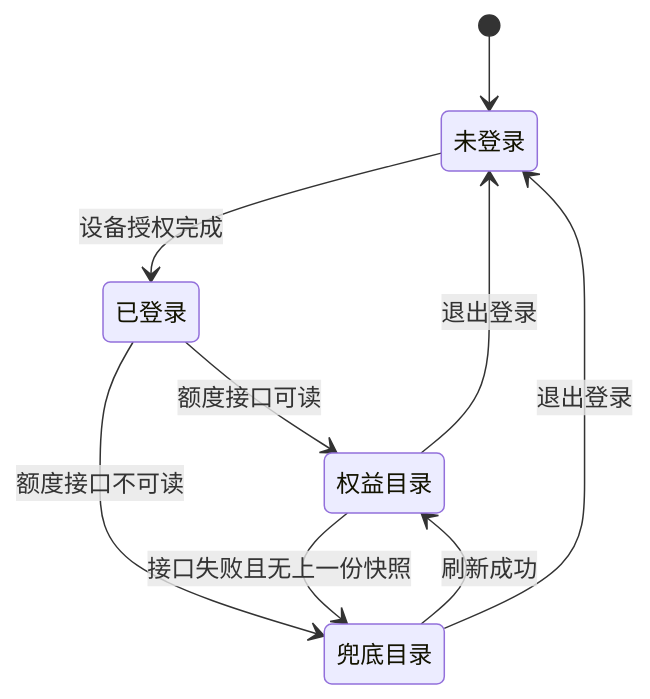
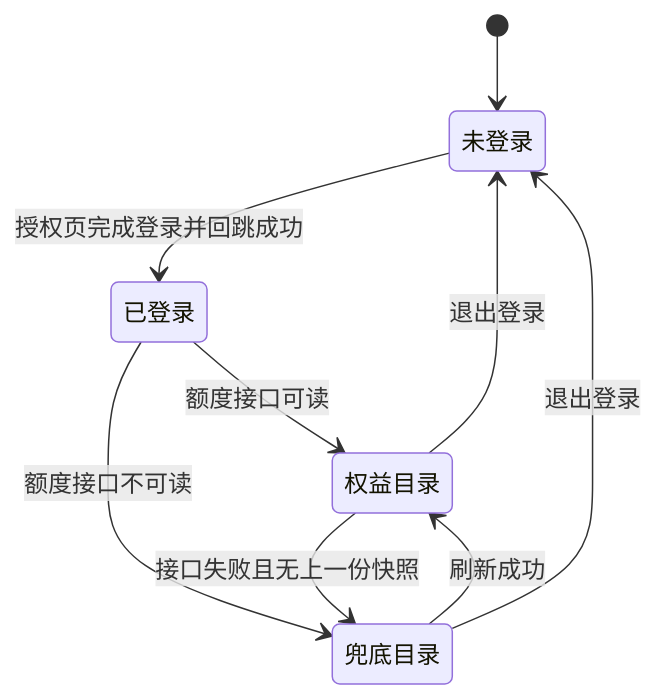
Before and after one commit to FNOSP/fnos-dsh: the first of 7 diagrams in docs/plans/PLAN-FNOS-027-dsh-zcode-plugin.md, drawn with Mermaid. The commit also changed other lines of this file and 7 other files, not shown here.

````diff
--- a/docs/plans/PLAN-FNOS-027-dsh-zcode-plugin.md
+++ b/docs/plans/PLAN-FNOS-027-dsh-zcode-plugin.md
@@ -55,11 +57,11 @@
 ```mermaid
 stateDiagram-v2
   [*] --> 未登录
-  未登录 --> 已登录: 设备授权完成
+  未登录 --> 已登录: 授权页完成登录并回跳成功
   已登录 --> 权益目录: 额度接口可读
   已登录 --> 兜底目录: 额度接口不可读
   权益目录 --> 兜底目录: 接口失败且无上一份快照
   兜底目录 --> 权益目录: 刷新成功
   权益目录 --> 未登录: 退出登录
   兜底目录 --> 未登录: 退出登录
 ```
````
